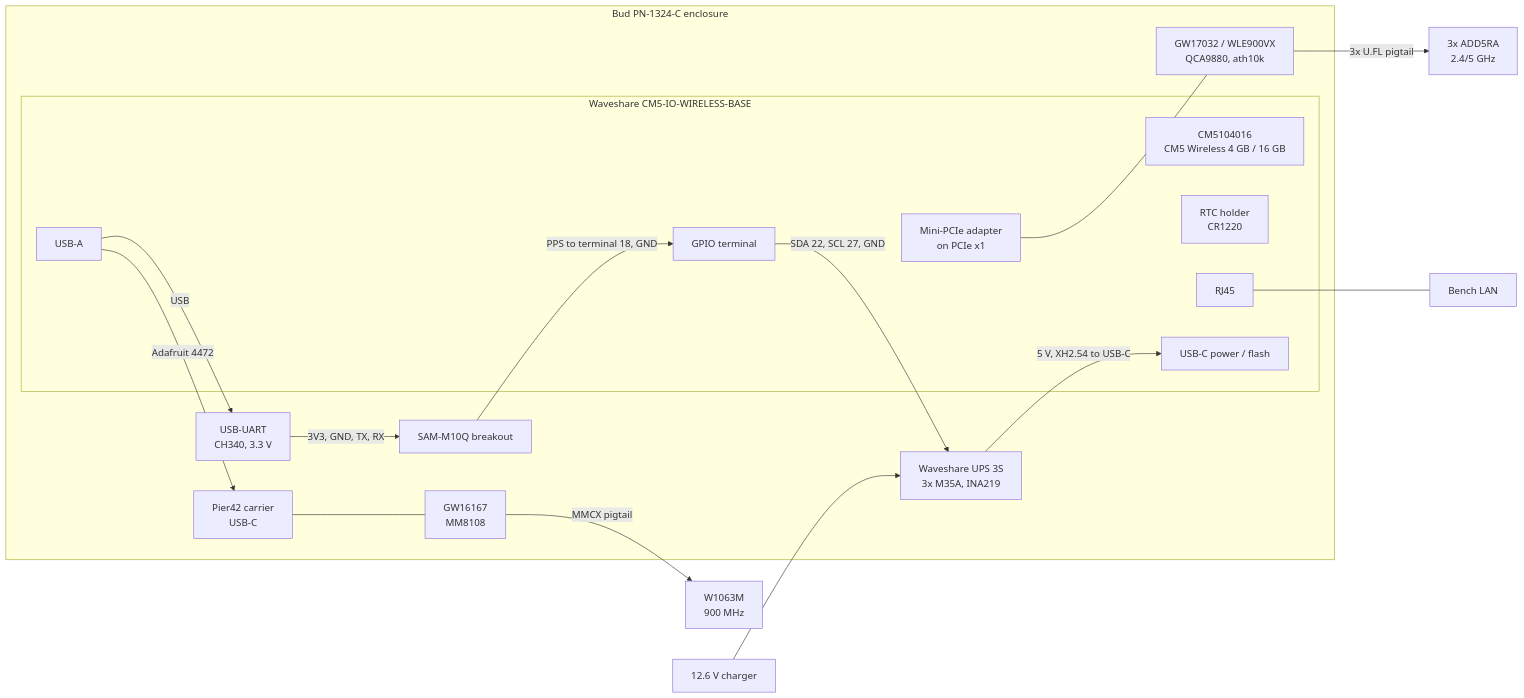
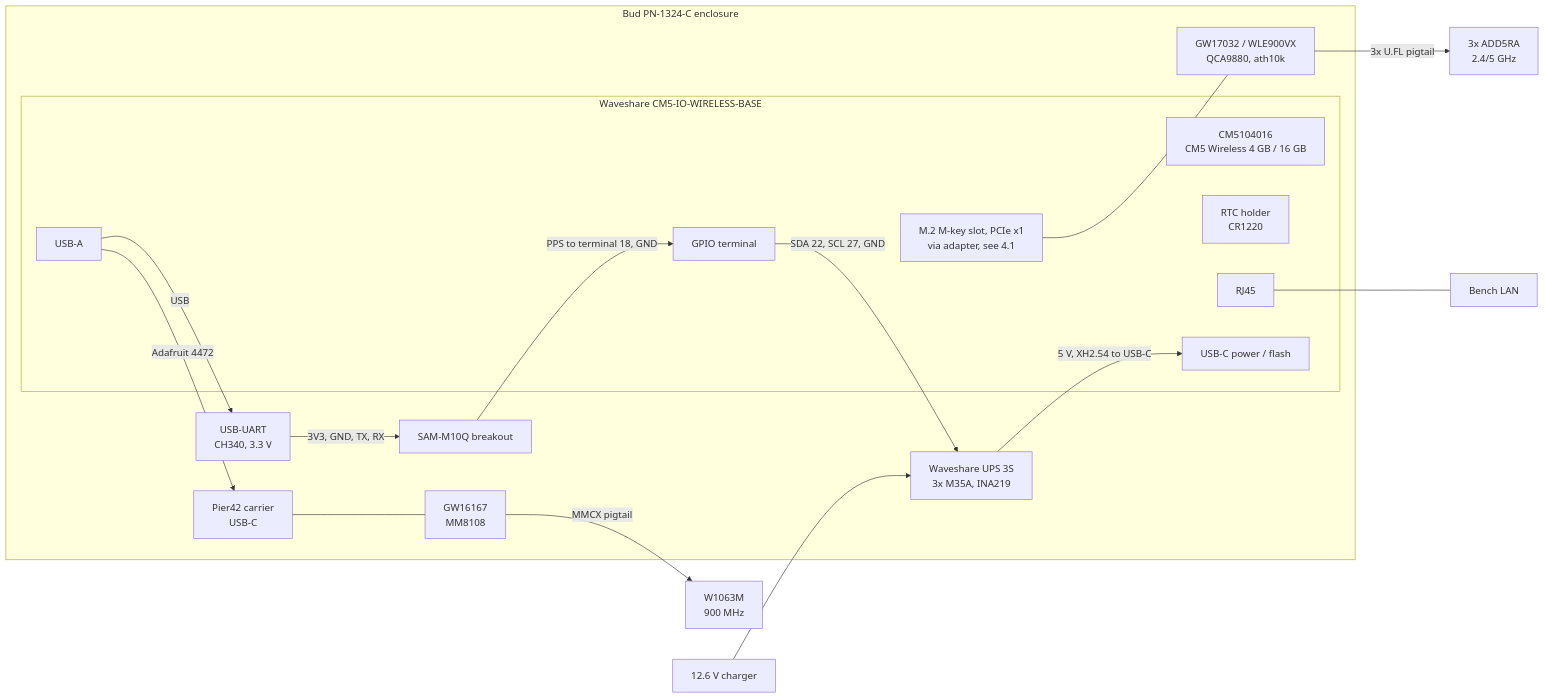
One commit to ghostnet-labs/docs changed the first of 2 diagrams in project/poc/bench-bom-and-topology.md. Above: the diagram before and after it, drawn with Mermaid. The commit also changed other lines of this file and 7 other files, not shown here.

````diff
--- a/project/poc/bench-bom-and-topology.md
+++ b/project/poc/bench-bom-and-topology.md
@@ -87,32 +88,32 @@
 ```mermaid
 flowchart LR
   subgraph ENC[Bud PN-1324-C enclosure]
     subgraph CAR[Waveshare CM5-IO-WIRELESS-BASE]
       CM5[CM5104016<br/>CM5 Wireless 4 GB / 16 GB]
-      MPCIE[Mini-PCIe adapter<br/>on PCIe x1]
+      MPCIE[M.2 M-key slot, PCIe x1<br/>via adapter, see 4.1]
       USBA[USB-A]
       GPIO[GPIO terminal]
       RTC[RTC holder<br/>CR1220]
       RJ45[RJ45]
       USBC[USB-C power / flash]
     end
     WIFI[GW17032 / WLE900VX<br/>QCA9880, ath10k]
     PIER[Pier42 carrier<br/>USB-C]
     HALOW[GW16167<br/>MM8108]
     GNSS[SAM-M10Q breakout]
     SB[USB-UART<br/>CH340, 3.3 V]
     UPS[Waveshare UPS 3S<br/>3x M35A, INA219]
   end
   MPCIE --- WIFI
   WIFI -- 3x U.FL pigtail --> WANT[3x ADD5RA<br/>2.4/5 GHz]
   USBA -- Adafruit 4472 --> PIER
   PIER --- HALOW
   HALOW -- MMCX pigtail --> HANT[W1063M<br/>900 MHz]
   USBA -- USB --> SB
   SB -- 3V3, GND, TX, RX --> GNSS
   GNSS -- PPS to terminal 18, GND --> GPIO
   GPIO -- SDA 22, SCL 27, GND --> UPS
   UPS -- 5 V, XH2.54 to USB-C --> USBC
   RJ45 --- LAN[Bench LAN]
   CHG[12.6 V charger] --> UPS
 ```
````
